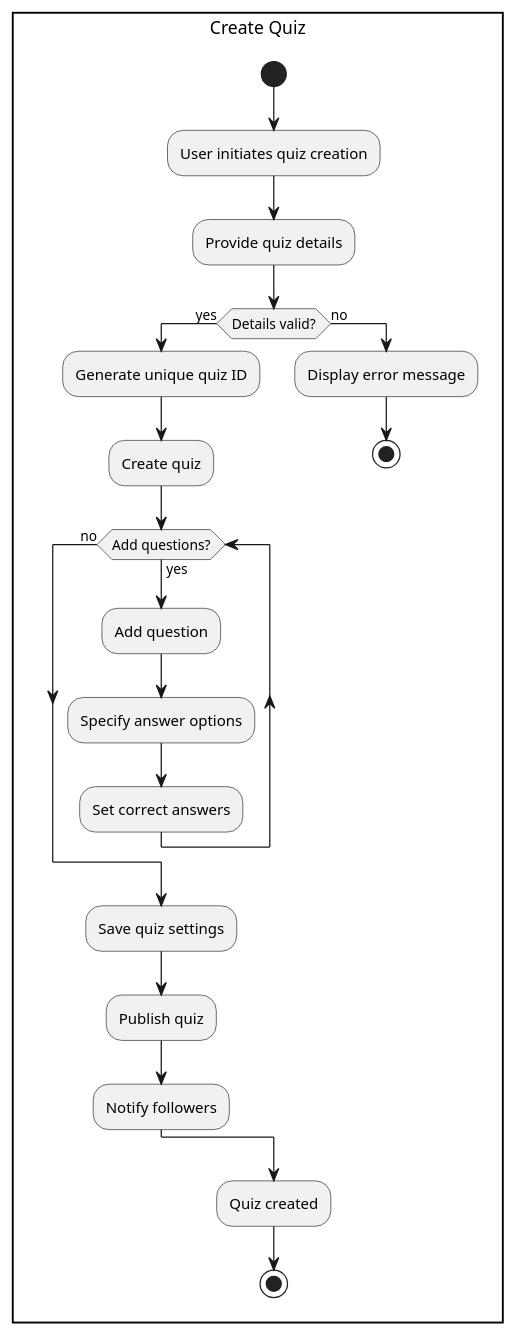
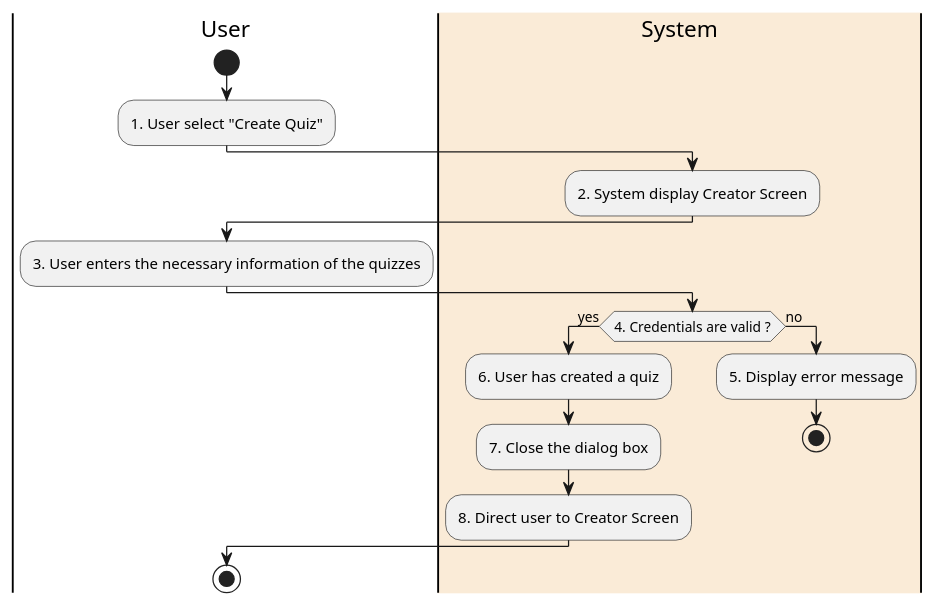
The diagram in Lab1/Lab1.2/Activitydiagram/CreateQuiz/CreateQuiz.plantuml (LeDuy0806/SE357-Practice-Class), drawn with PlantUML before and after one commit. The commit also changed 100 other files, not shown here.

```diff
--- a/Lab1/Lab1.2/Activitydiagram/CreateQuiz/CreateQuiz.plantuml
+++ b/Lab1/Lab1.2/Activitydiagram/CreateQuiz/CreateQuiz.plantuml
@@ -1,26 +1,22 @@
-@startuml Create Quiz
-
-rectangle "Create Quiz"{
-    start
-    :User initiates quiz creation;
-    :Provide quiz details;
-    if (Details valid?) then (yes)
-    :Generate unique quiz ID;
-    :Create quiz;
-    while (Add questions?) is (yes)
-        :Add question;
-        :Specify answer options;
-        :Set correct answers;
-    endwhile (no)
-    :Save quiz settings;
-    :Publish quiz;
-    :Notify followers;
-    else (no)
-    :Display error message;
-    stop
-    endif
-    :Quiz created;
-    stop
-}
-
+@startuml
+|User|
+start
+:1. User select "Create Quiz";
+|#AntiqueWhite|System|
+:2. System display Creator Screen;
+|User|
+:3. User enters the necessary information of the quizzes;
+|#AntiqueWhite|System|
+if (4. Credentials are valid ?) then (yes)
+  :6. User has created a quiz;
+  :7. Close the dialog box;
+  :8. Direct user to Creator Screen;
+else (no)
+|#AntiqueWhite|System|
+  :5. Display error message;
+  stop
+endif
+|User|
+|User|
+stop
 @enduml
```
